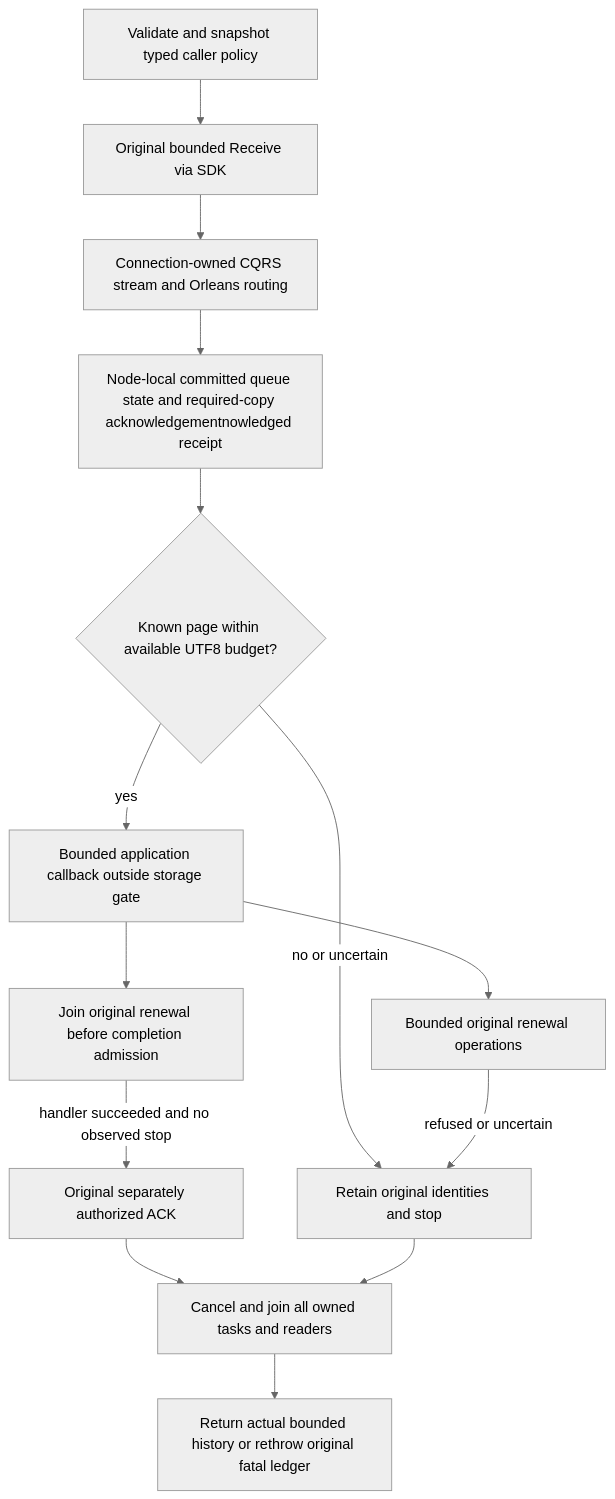
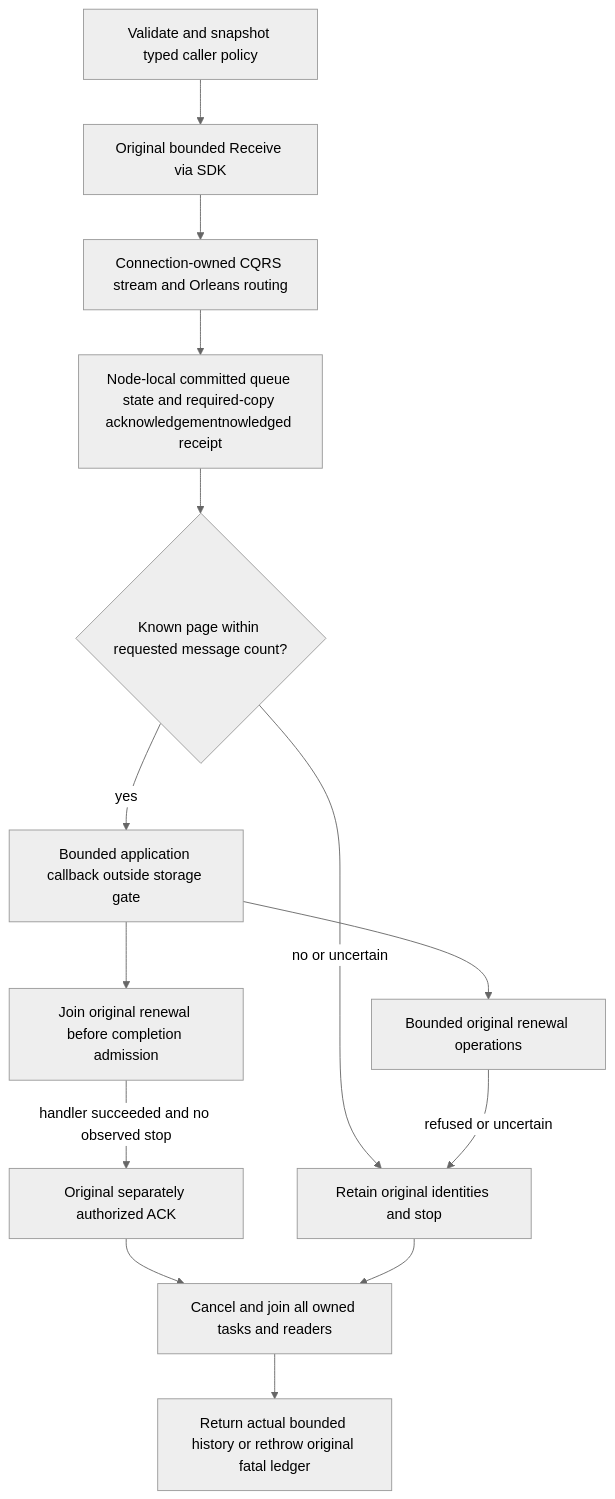
The diagram in docs/Features/Messaging/ExternalQueueWorkers.md (managedcode/KeyLoad), drawn with Mermaid (neutral theme) before and after one commit. The commit also changed other lines of this file and 673 other files, not shown here.

````diff
--- a/docs/Features/Messaging/ExternalQueueWorkers.md
+++ b/docs/Features/Messaging/ExternalQueueWorkers.md
@@ -9,16 +9,16 @@
 ```mermaid
 flowchart TD
     Policy[Validate and snapshot typed caller policy] --> Receive[Original bounded Receive via SDK]
     Receive --> Execution[Connection-owned CQRS stream and Orleans routing]
     Execution --> Store[Node-local committed queue state and required-copy acknowledgementnowledged receipt]
-    Store --> Check{Known page within available UTF8 budget?}
+    Store --> Check{Known page within requested message count?}
     Check -->|yes| Handler[Bounded application callback outside storage gate]
     Check -->|no or uncertain| Stop[Retain original identities and stop]
     Handler --> Renewal[Bounded original renewal operations]
     Handler --> End[Join original renewal before completion admission]
     Renewal -->|refused or uncertain| Stop
     End -->|handler succeeded and no observed stop| Ack[Original separately authorized ACK]
     Ack --> Join[Cancel and join all owned tasks and readers]
     Stop --> Join
     Join --> Result[Return actual bounded history or rethrow original fatal ledger]
 ```
````
